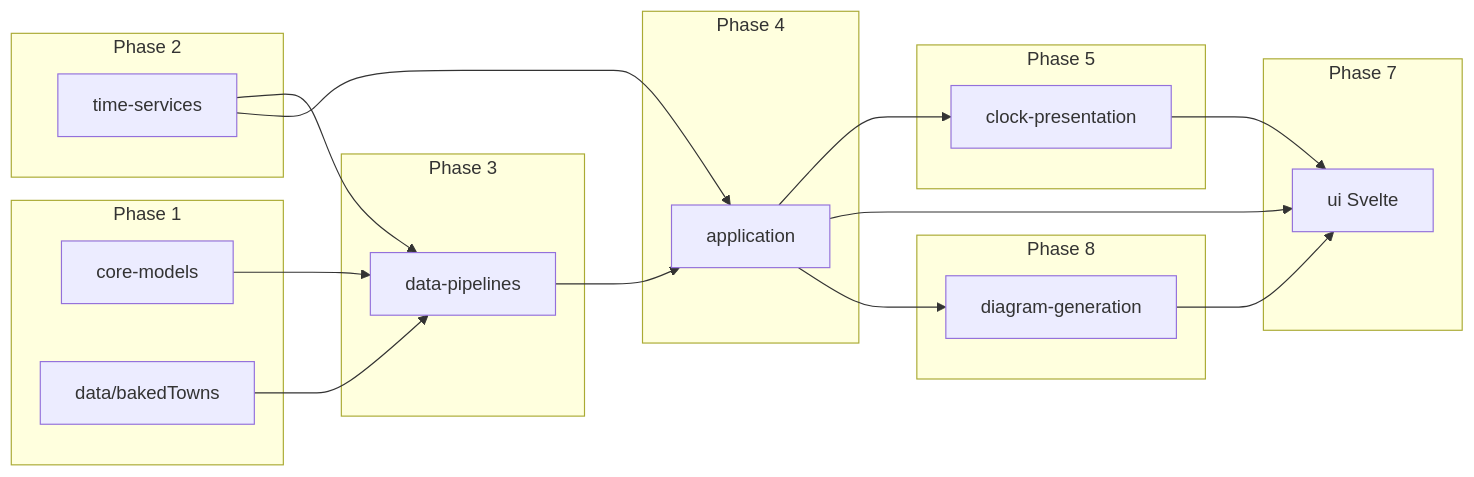
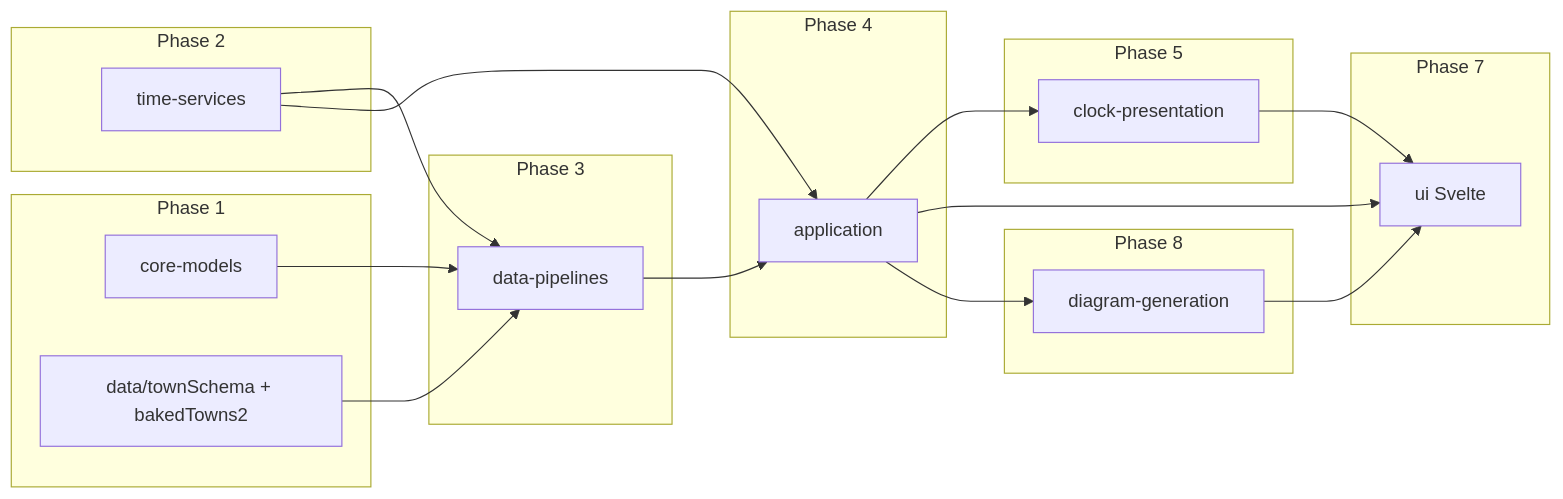
The diagram in docs/planning/typescript-skill-rollout.md (peterhoward42/tideclock), drawn with Mermaid before and after one commit. The commit also changed other lines of this file and 6 other files, not shown here.

````diff
--- a/docs/planning/typescript-skill-rollout.md
+++ b/docs/planning/typescript-skill-rollout.md
@@ -208,35 +208,35 @@
 ```mermaid
 flowchart LR
   subgraph p1 [Phase 1]
     M[core-models]
-    T[data/bakedTowns]
+    T[data/townSchema + bakedTowns2]
   end
   subgraph p2 [Phase 2]
     W[time-services]
   end
   subgraph p3 [Phase 3]
     D[data-pipelines]
   end
   subgraph p4 [Phase 4]
     A[application]
   end
   subgraph p5 [Phase 5]
     C[clock-presentation]
   end
   subgraph p7 [Phase 7]
     U[ui Svelte]
   end
   subgraph p8 [Phase 8]
     G[diagram-generation]
   end
   M --> D
   T --> D
   W --> D
   W --> A
   D --> A
   A --> C
   A --> U
   A --> G
   C --> U
   G --> U
 ```
````
